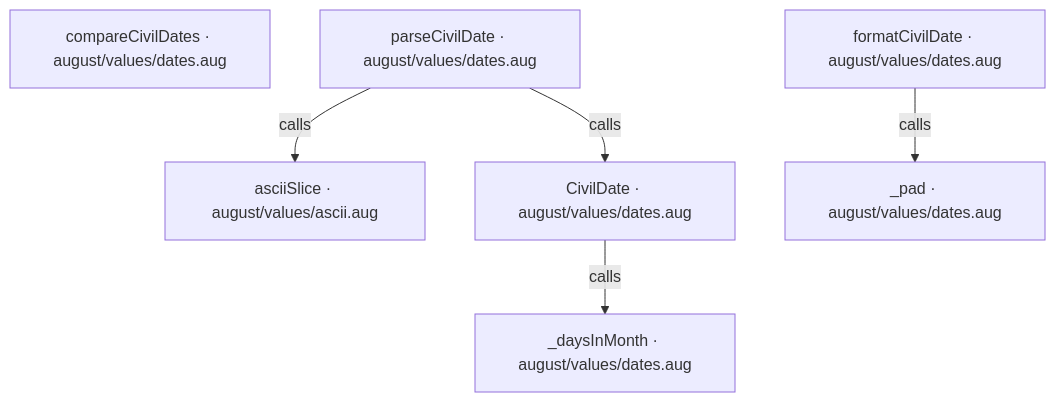
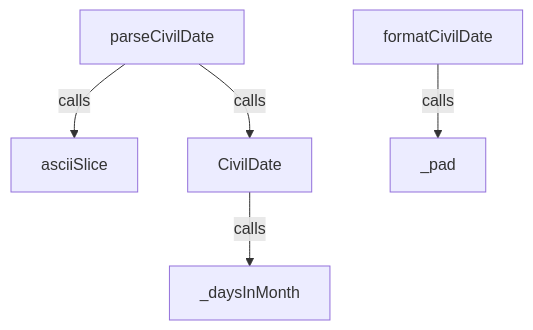
Before and after one commit to GreenPandaStudios/augscript: the second of 9 diagrams in src/stdlib/values/dates.aug.diagrams.md, drawn with Mermaid. The commit also changed other lines of this file and 524 other files, not shown here.

Commit message:
Explain checked data flow at folder and service levels

````diff
--- a/src/stdlib/values/dates.aug.diagrams.md
+++ b/src/stdlib/values/dates.aug.diagrams.md
@@ -20,14 +19,13 @@
 ```mermaid
 flowchart TD
-    n0["asciiSlice · august/values/ascii.aug"]
-    n1["CivilDate · august/values/dates.aug"]
-    n2["_daysInMonth · august/values/dates.aug"]
-    n3["_pad · august/values/dates.aug"]
-    n4["compareCivilDates · august/values/dates.aug"]
-    n5["formatCivilDate · august/values/dates.aug"]
-    n6["parseCivilDate · august/values/dates.aug"]
+    n0["asciiSlice"]
+    n1["CivilDate"]
+    n2["_daysInMonth"]
+    n3["_pad"]
+    n4["formatCivilDate"]
+    n5["parseCivilDate"]
     n1 -->|"calls"| n2
-    n5 -->|"calls"| n3
-    n6 -->|"calls"| n0
-    n6 -->|"calls"| n1
+    n4 -->|"calls"| n3
+    n5 -->|"calls"| n0
+    n5 -->|"calls"| n1
 ```
````
